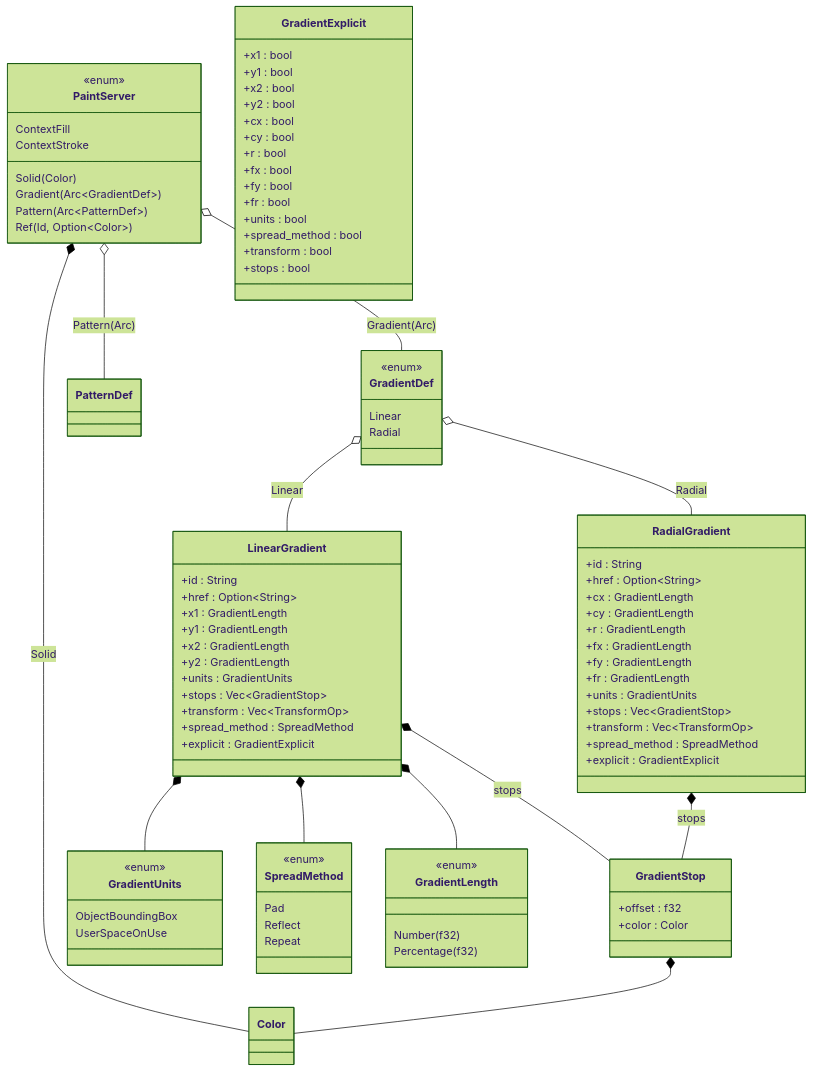
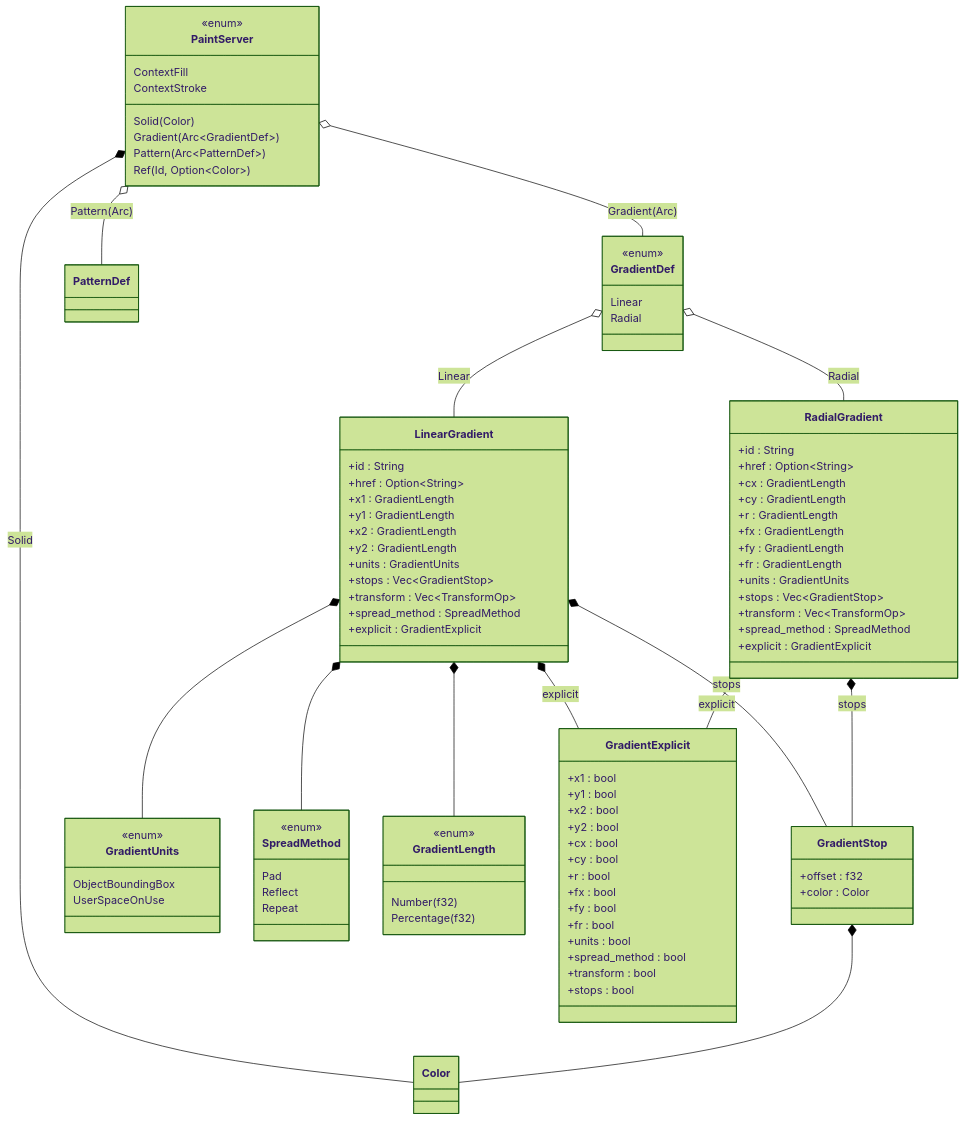
Before and after one commit to mu-mostafa98/servo: the tenth of 17 diagrams in svg-engine-data-model.md, drawn with Mermaid (forest theme). The commit also changed other lines of this file, not shown here.

````diff
--- a/svg-engine-data-model.md
+++ b/svg-engine-data-model.md
@@ -586,5 +646,7 @@
     LinearGradient *-- GradientUnits
     LinearGradient *-- SpreadMethod
     LinearGradient *-- GradientLength
+    LinearGradient *-- GradientExplicit : explicit
+    RadialGradient *-- GradientExplicit : explicit
     GradientStop *-- Color
 ```
````
